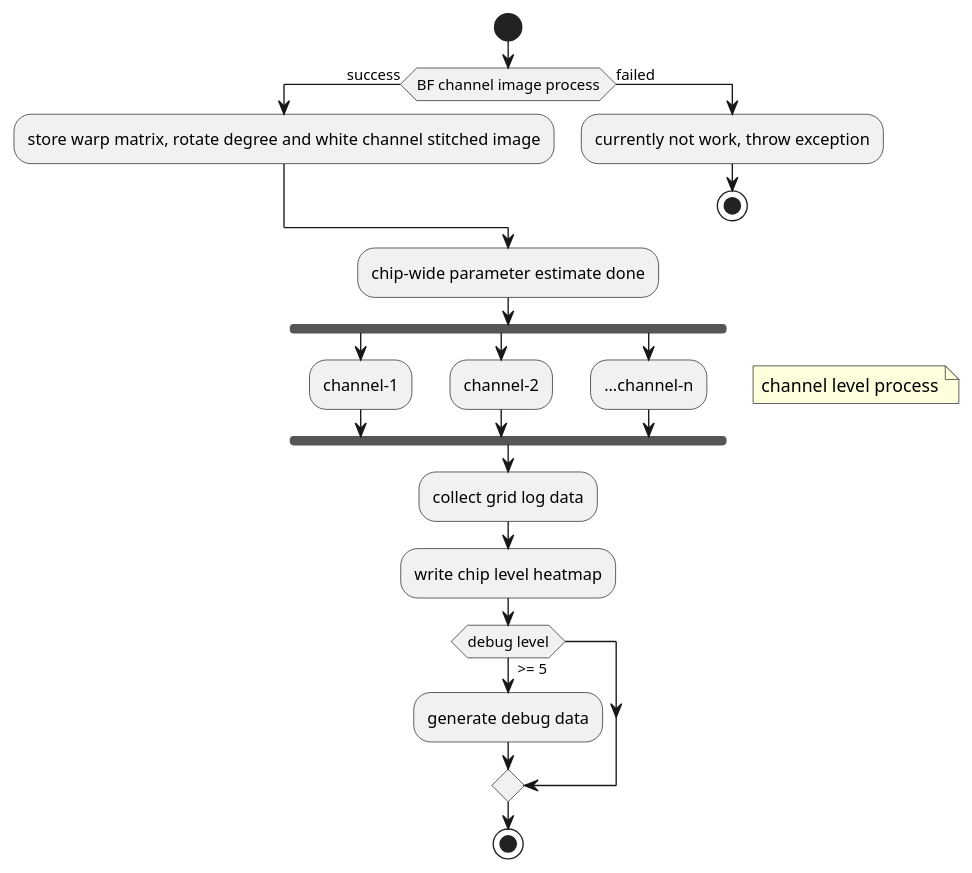
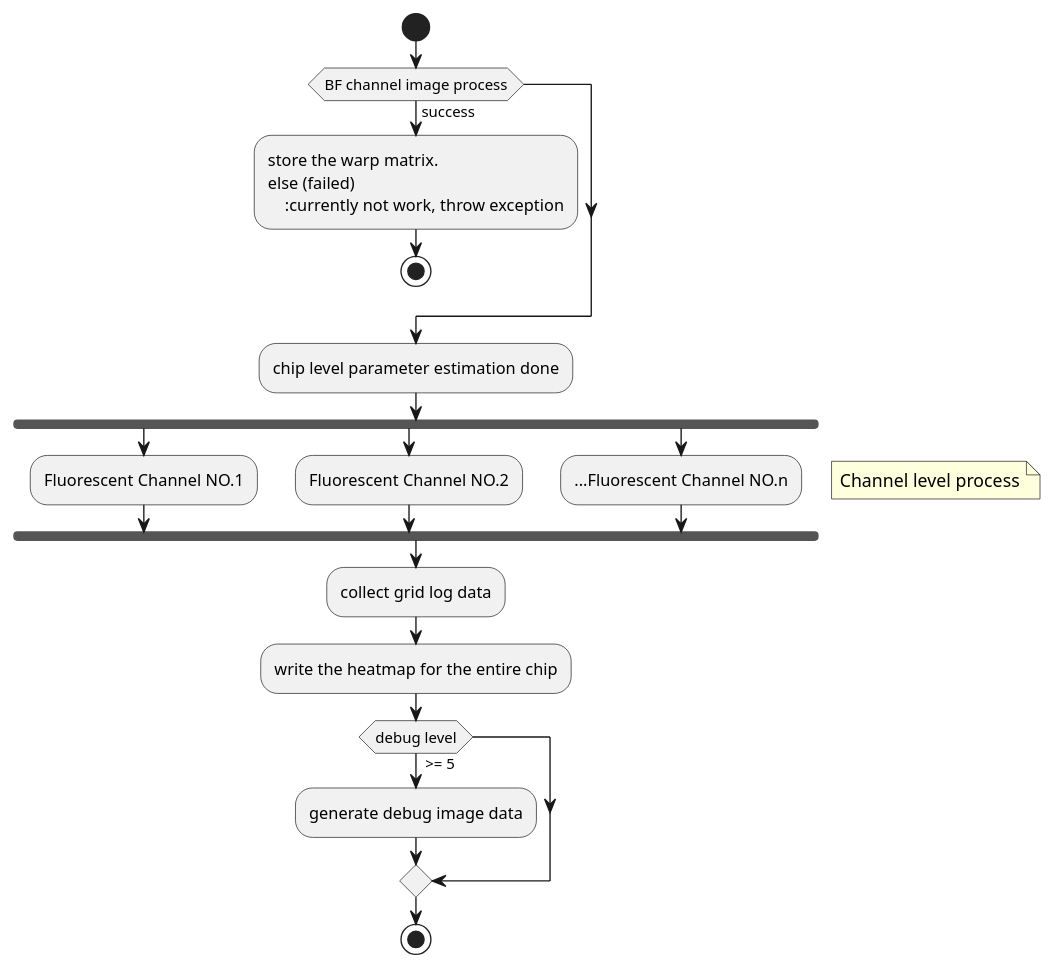
One commit to jeff665547/Project-Summit.Grid changed the first of 4 diagrams in doc/algorithm.md. Above: the diagram before and after it, drawn with PlantUML. The commit also changed other lines of this file and 5 other files, not shown here.

```diff
--- a/doc/algorithm.md
+++ b/doc/algorithm.md
@@ -39,26 +55,26 @@
-@startuml {chip-level-process.png}
+@startuml Chip Level Process
 start
 if (BF channel image process) then (success)
-    :store warp matrix, rotate degree and white channel stitched image;
+    :store the warp matrix.
 else (failed)
     :currently not work, throw exception;
     stop
 endif
-:chip-wide parameter estimate done;
+:chip level parameter estimation done;
 fork
-    :channel-1;
+    :Fluorescent Channel NO.1;
 fork again
-    :channel-2;
+    :Fluorescent Channel NO.2;
 fork again
-    :...channel-n;
+    :...Fluorescent Channel NO.n;
 end fork
 note right
-    channel level process
+    Channel level process
 end note
 :collect grid log data;
-:write chip level heatmap;
+:write the heatmap for the entire chip;
 if (debug level) then ( >= 5 )
-    :generate debug data;
+    :generate debug image data;
 endif
 stop
 @enduml
```
